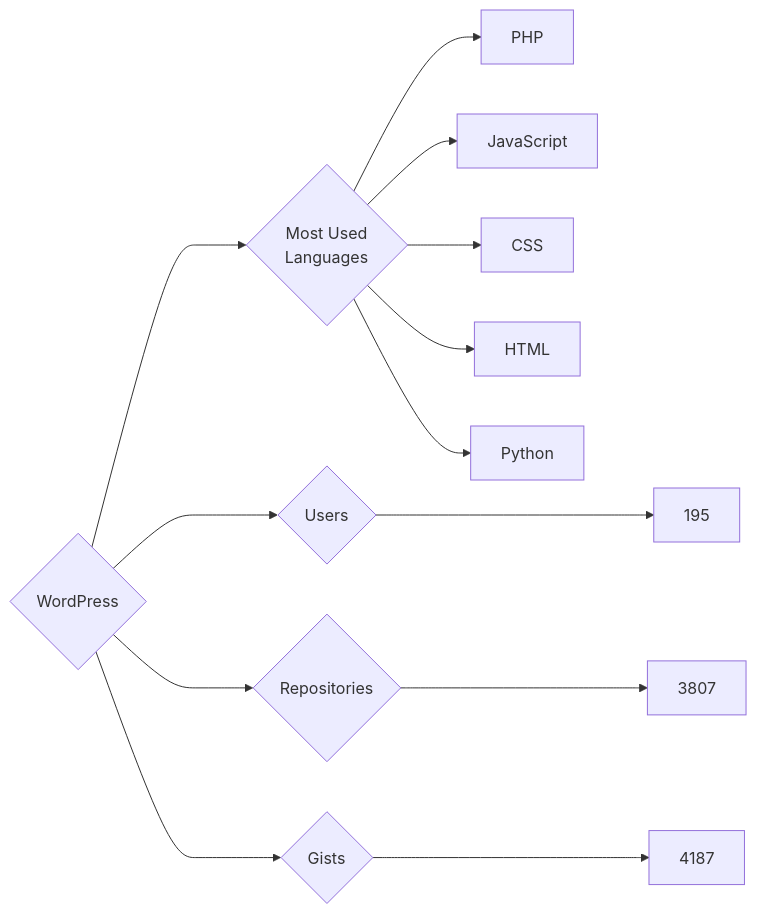
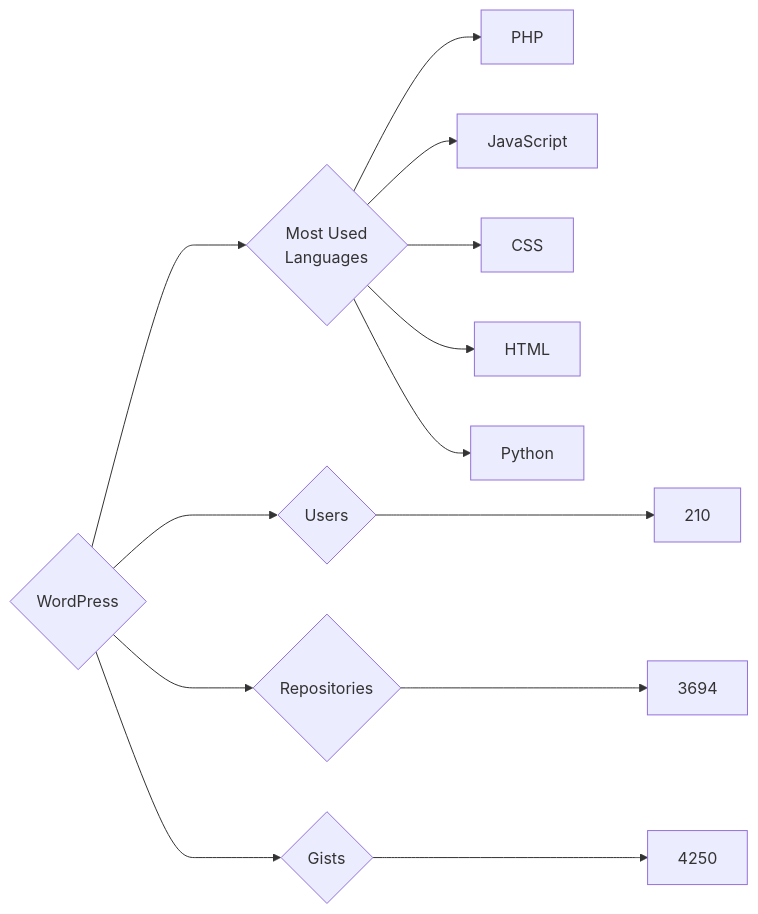
One commit to trickest/insiders changed the diagram in targets/WordPress/README.md. Above: the diagram before and after it, drawn with Mermaid. The commit also changed 920 other files, not shown here.

````diff
--- a/targets/WordPress/README.md
+++ b/targets/WordPress/README.md
@@ -3,13 +3,13 @@
 ```mermaid
 graph LR
 COMPANY_NAME{WordPress}
-COMPANY_NAME ---> U{Users} ---> UN[195]
-COMPANY_NAME ---> R{Repositories} ---> RN[3807]
-COMPANY_NAME ---> G{Gists} ---> GN[4187]
+COMPANY_NAME ---> U{Users} ---> UN[210]
+COMPANY_NAME ---> R{Repositories} ---> RN[3694]
+COMPANY_NAME ---> G{Gists} ---> GN[4250]
 COMPANY_NAME ---> ML{Most Used<br>Languages}
 ML --> PHP[PHP]
 ML --> JavaScript[JavaScript]
 ML --> CSS[CSS]
 ML --> HTML[HTML]
 ML --> Python[Python]
 ```
````
